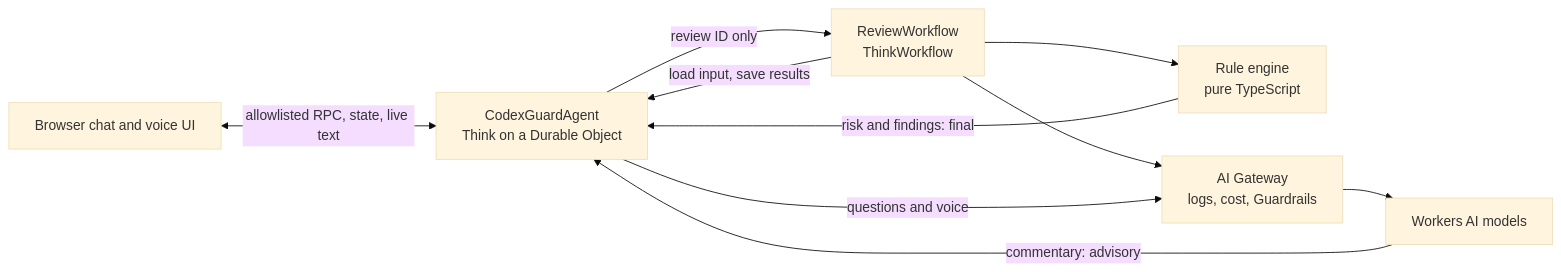
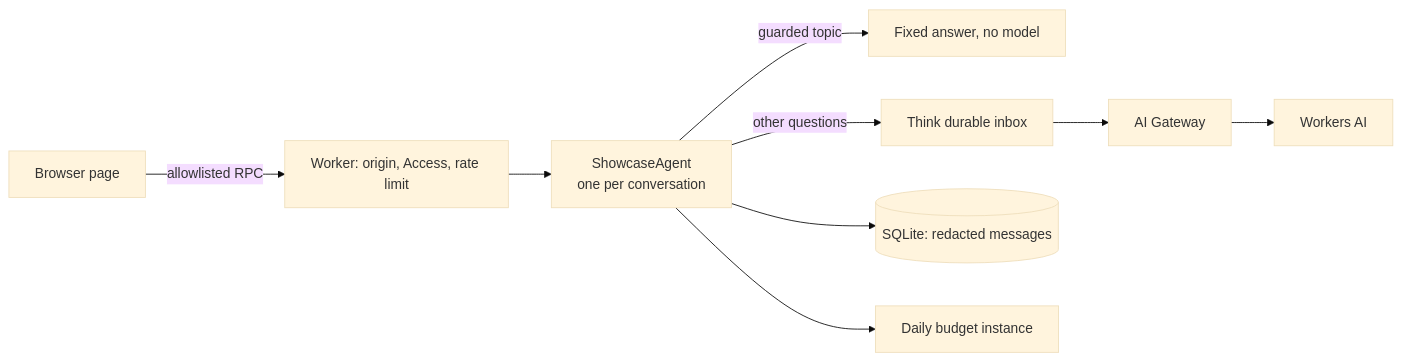
Before and after one commit to bartrumb/cf_ai_ask_brett: the diagram in README.md, drawn with Mermaid (base theme). The commit also changed other lines of this file and 53 other files, not shown here.

````diff
--- a/README.md
+++ b/README.md
@@ -22,12 +11,11 @@
 ```mermaid
 flowchart LR
-  B[Browser chat and voice UI] <-->|allowlisted RPC, state, live text| A[CodexGuardAgent<br/>Think on a Durable Object]
-  A -->|review ID only| W[ReviewWorkflow<br/>ThinkWorkflow]
-  W -->|load input, save results| A
-  W --> R[Rule engine<br/>pure TypeScript]
-  W --> G[AI Gateway<br/>logs, cost, Guardrails]
-  A -->|questions and voice| G
-  G --> L[Workers AI models]
-  R -->|risk and findings: final| A
-  L -->|commentary: advisory| A
+  B[Browser page] -->|allowlisted RPC| W[Worker: origin, Access, rate limit]
+  W --> A[ShowcaseAgent<br/>one per conversation]
+  A -->|guarded topic| F[Fixed answer, no model]
+  A -->|other questions| T[Think durable inbox]
+  T --> G[AI Gateway]
+  G --> L[Workers AI]
+  A --> S[(SQLite: redacted messages)]
+  A --> D[Daily budget instance]
 ```
````
